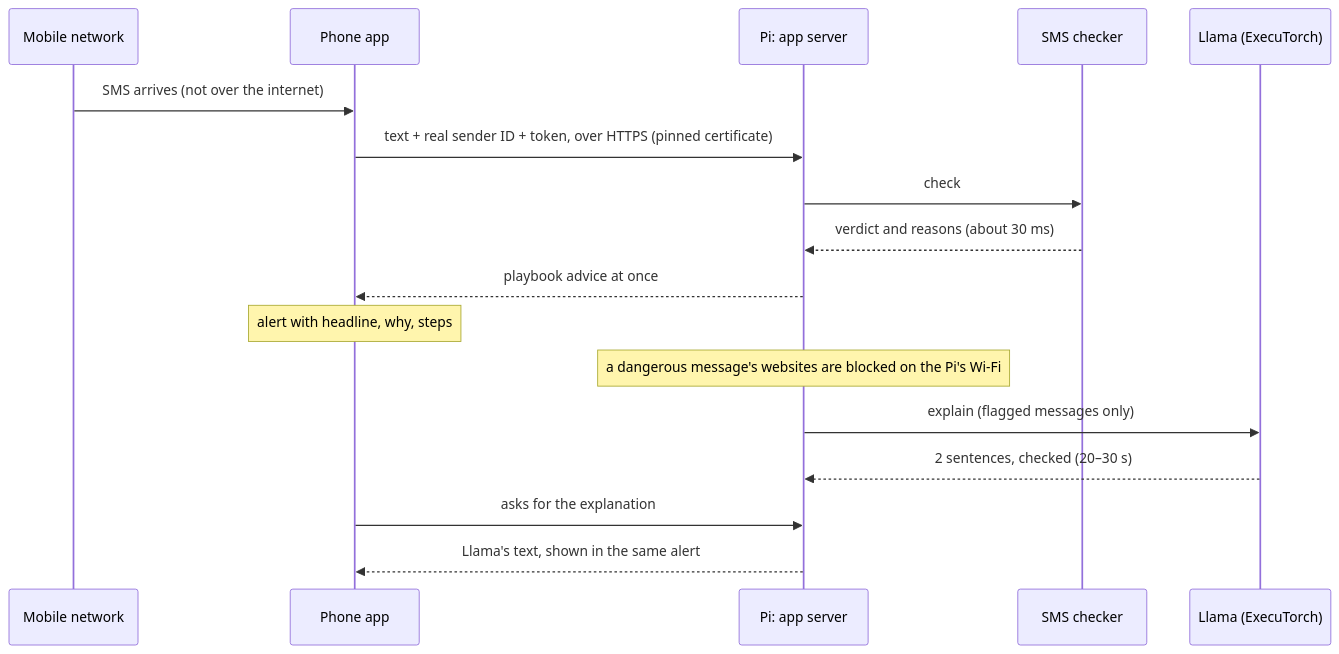
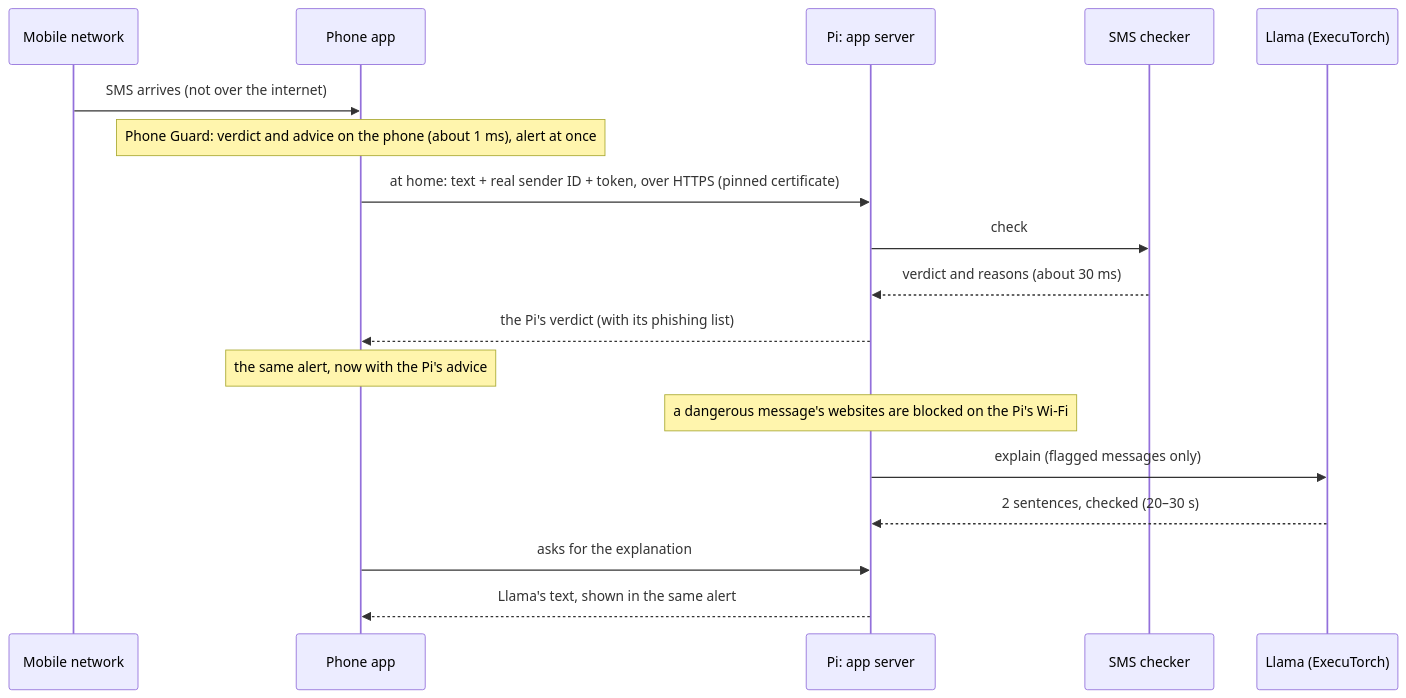
One commit to PiyushSingh0014/ps3-guardian-arm changed the second of 3 diagrams in README.md. Above: the diagram before and after it, drawn with Mermaid. The commit also changed other lines of this file and 31 other files, not shown here.

````diff
--- a/README.md
+++ b/README.md
@@ -130,19 +133,20 @@
 ```mermaid
 sequenceDiagram
   participant N as Mobile network
   participant A as Phone app
   participant P as Pi: app server
   participant C as SMS checker
   participant L as Llama (ExecuTorch)
   N->>A: SMS arrives (not over the internet)
-  A->>P: text + real sender ID + token, over HTTPS (pinned certificate)
+  Note over A: Phone Guard: verdict and advice on the phone (about 1 ms), alert at once
+  A->>P: at home: text + real sender ID + token, over HTTPS (pinned certificate)
   P->>C: check
   C-->>P: verdict and reasons (about 30 ms)
-  P-->>A: playbook advice at once
-  Note over A: alert with headline, why, steps
+  P-->>A: the Pi's verdict (with its phishing list)
+  Note over A: the same alert, now with the Pi's advice
   Note over P: a dangerous message's websites are blocked on the Pi's Wi-Fi
   P->>L: explain (flagged messages only)
   L-->>P: 2 sentences, checked (20–30 s)
   A->>P: asks for the explanation
   P-->>A: Llama's text, shown in the same alert
 ```
````
